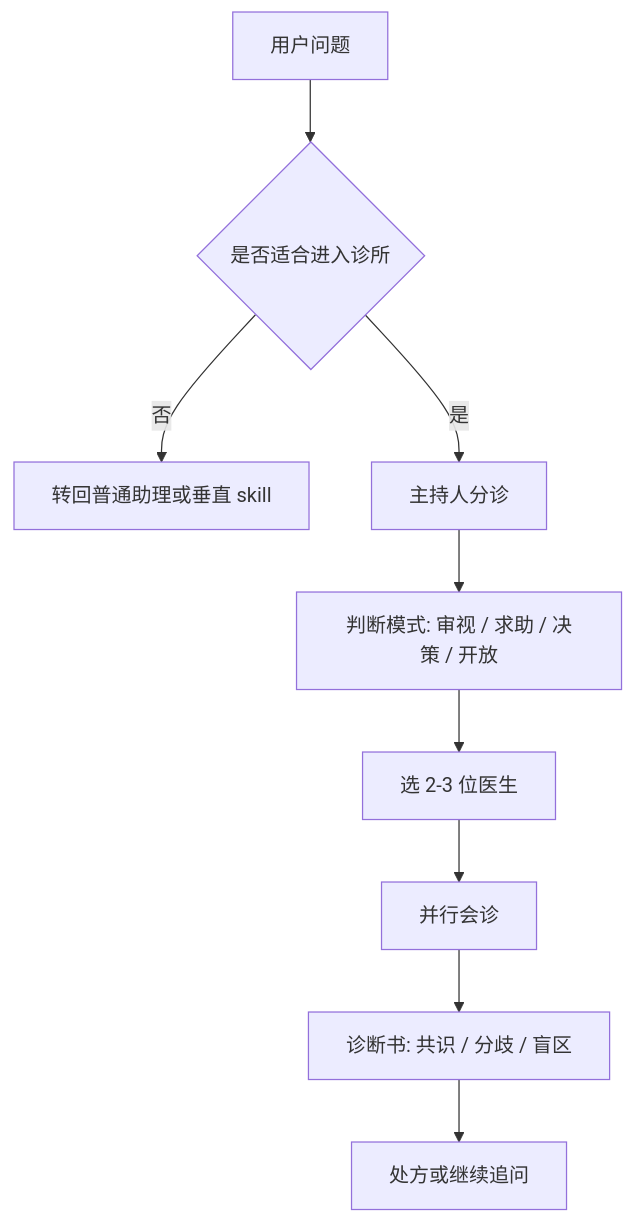
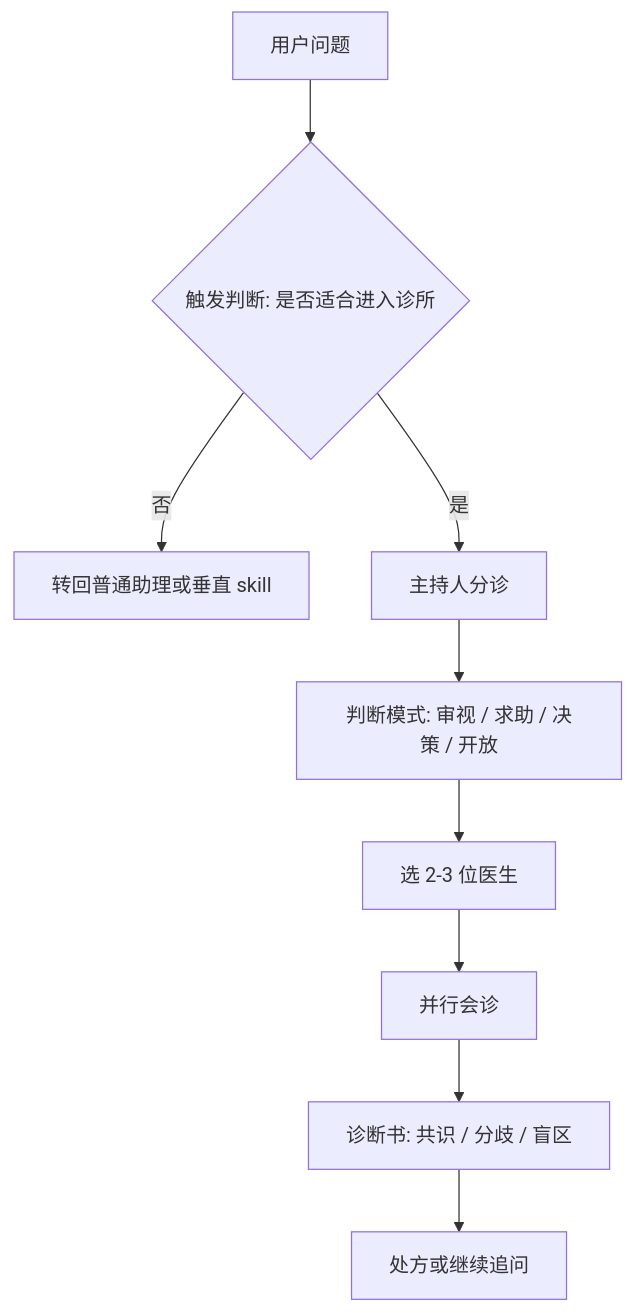
The first of 2 diagrams in README.md (zexuanw958-svg/clinic-skill), drawn with Mermaid before and after one commit. The commit also changed other lines of this file, not shown here.

Commit message:
Clarify clinic entry gate in flowchart

````diff
--- a/README.md
+++ b/README.md
@@ -118,11 +121,11 @@
 ```mermaid
 flowchart TD
-    A[用户问题] --> B{是否适合进入诊所}
+    A[用户问题] --> B{触发判断: 是否适合进入诊所}
     B -- 否 --> C[转回普通助理或垂直 skill]
     B -- 是 --> D[主持人分诊]
     D --> E[判断模式: 审视 / 求助 / 决策 / 开放]
     E --> F[选 2-3 位医生]
     F --> G[并行会诊]
     G --> H[诊断书: 共识 / 分歧 / 盲区]
     H --> I[处方或继续追问]
 ```
````
